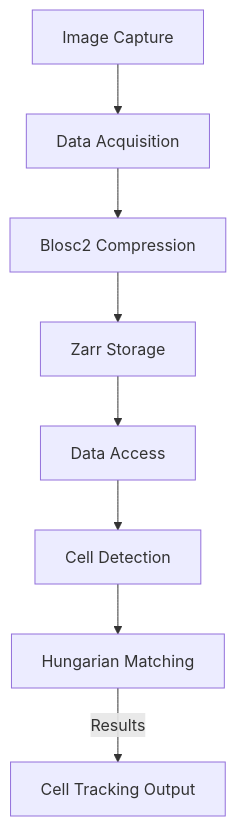
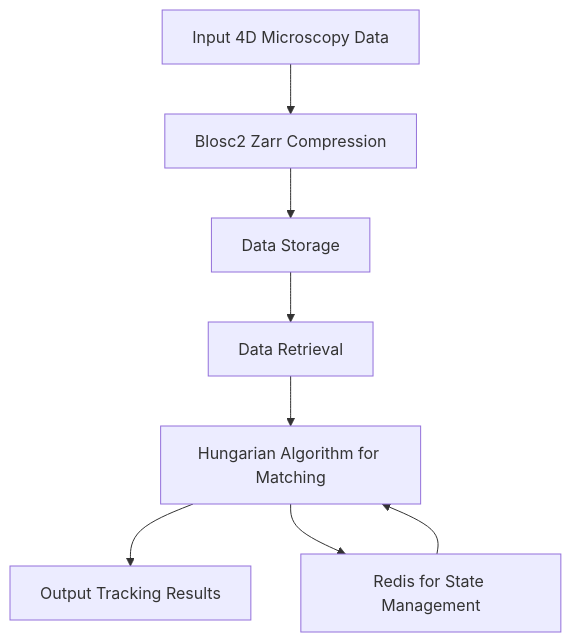
Before and after one commit to BerattCelikk/daily-engineering-log: the diagram in medium-drafts/2026-09-14-volumetric-cell-tracking-in-compressed-4d-microscopy-overcom.md, drawn with Mermaid. The commit also changed other lines of this file, not shown here.

Commit message:
Add Medium draft: Volumetric Cell Tracking in Compressed 4D Microscopy: Overcoming Blosc2 Zarr & Hungarian Bipartite Matching [2026-09-14]

````diff
--- a/medium-drafts/2026-09-14-volumetric-cell-tracking-in-compressed-4d-microscopy-overcom.md
+++ b/medium-drafts/2026-09-14-volumetric-cell-tracking-in-compressed-4d-microscopy-overcom.md
@@ -68,10 +61,10 @@
 ```mermaid
 flowchart TD
-    A[Image Capture] --> B[Data Acquisition]
-    B --> C[Blosc2 Compression]
-    C --> D[Zarr Storage]
-    D --> E[Data Access]
-    E --> F[Cell Detection]
-    F --> G[Hungarian Matching]
-    G -->|Results| H[Cell Tracking Output]
+    A[Input 4D Microscopy Data] --> B[Blosc2 Zarr Compression]
+    B --> C[Data Storage]
+    C --> D[Data Retrieval]
+    D --> E[Hungarian Algorithm for Matching]
+    E --> F[Output Tracking Results]
+    E --> G[Redis for State Management]
+    G --> E
 ```
````
